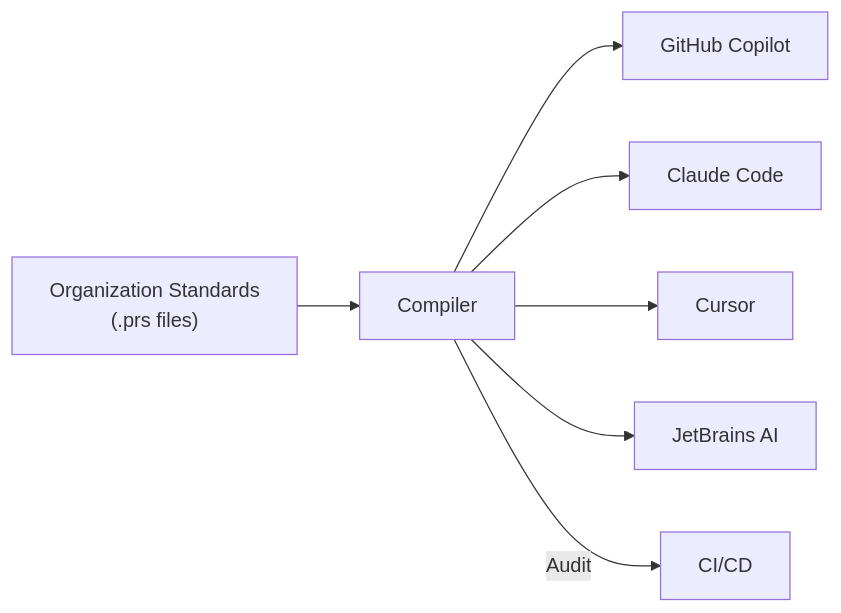
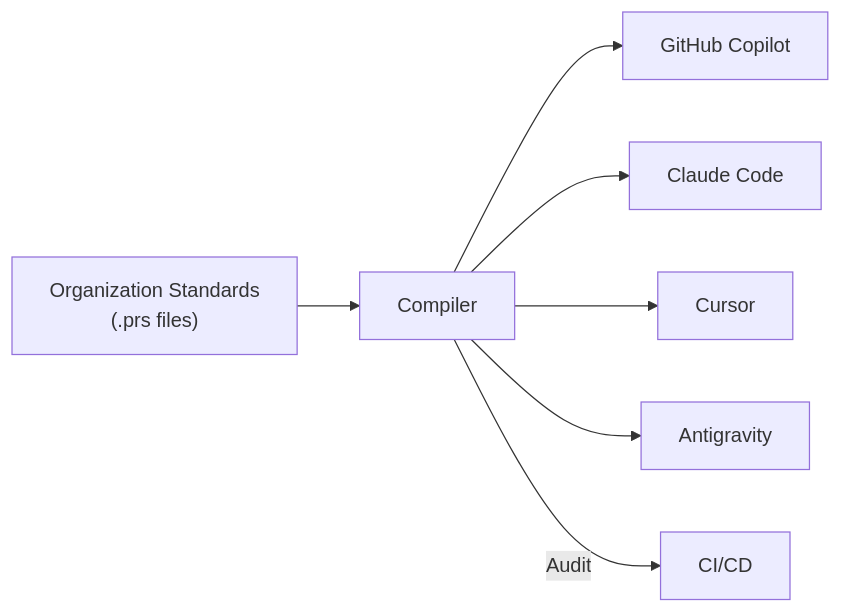
One commit to mrwogu/promptscript changed the diagram in README.md. Above: the diagram before and after it, drawn with Mermaid. The commit also changed 4 other files, not shown here.

````diff
--- a/README.md
+++ b/README.md
@@ -40,9 +40,9 @@
 ```mermaid
 flowchart LR
     Central["Organization Standards<br/>(.prs files)"] --> Compiler
     Compiler --> Copilot["GitHub Copilot"]
     Compiler --> Claude["Claude Code"]
     Compiler --> Cursor["Cursor"]
-    Compiler --> JetBrains["JetBrains AI"]
+    Compiler --> Antigravity["Antigravity"]
     Compiler -->|Audit| CI["CI/CD"]
 ```
````
